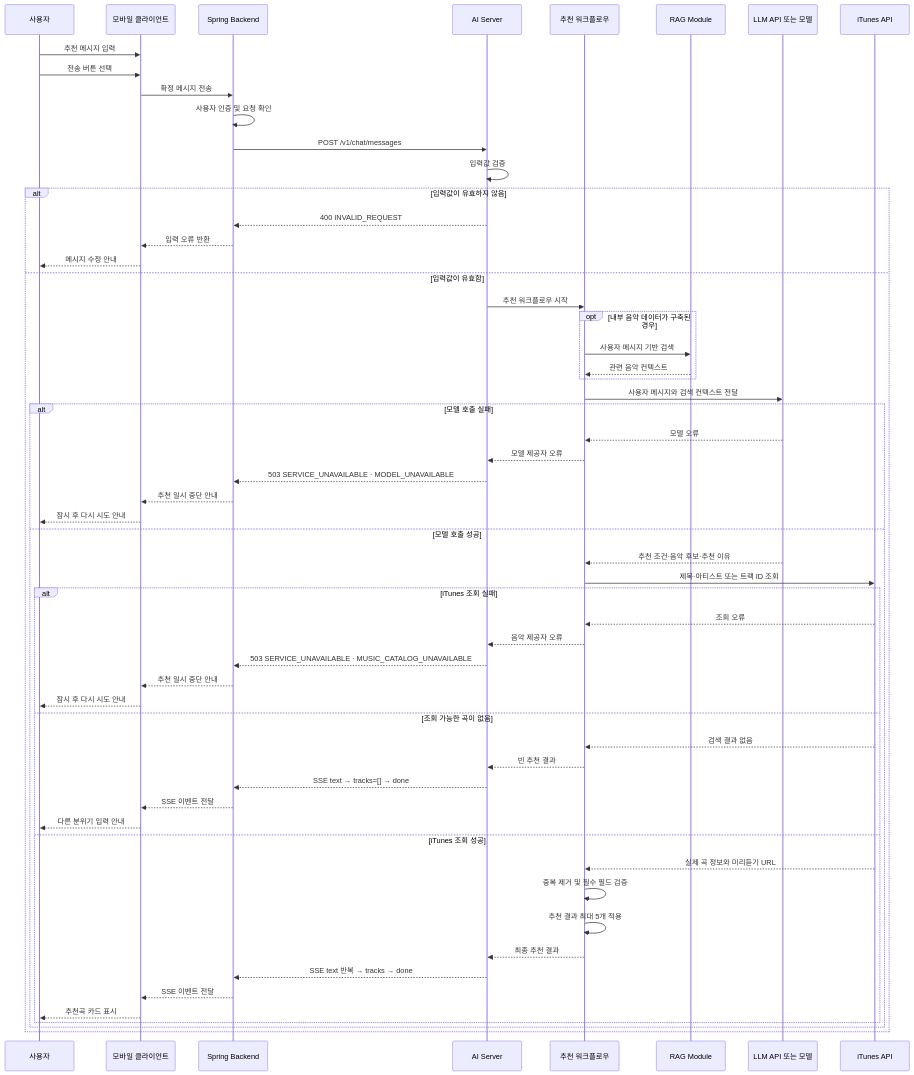
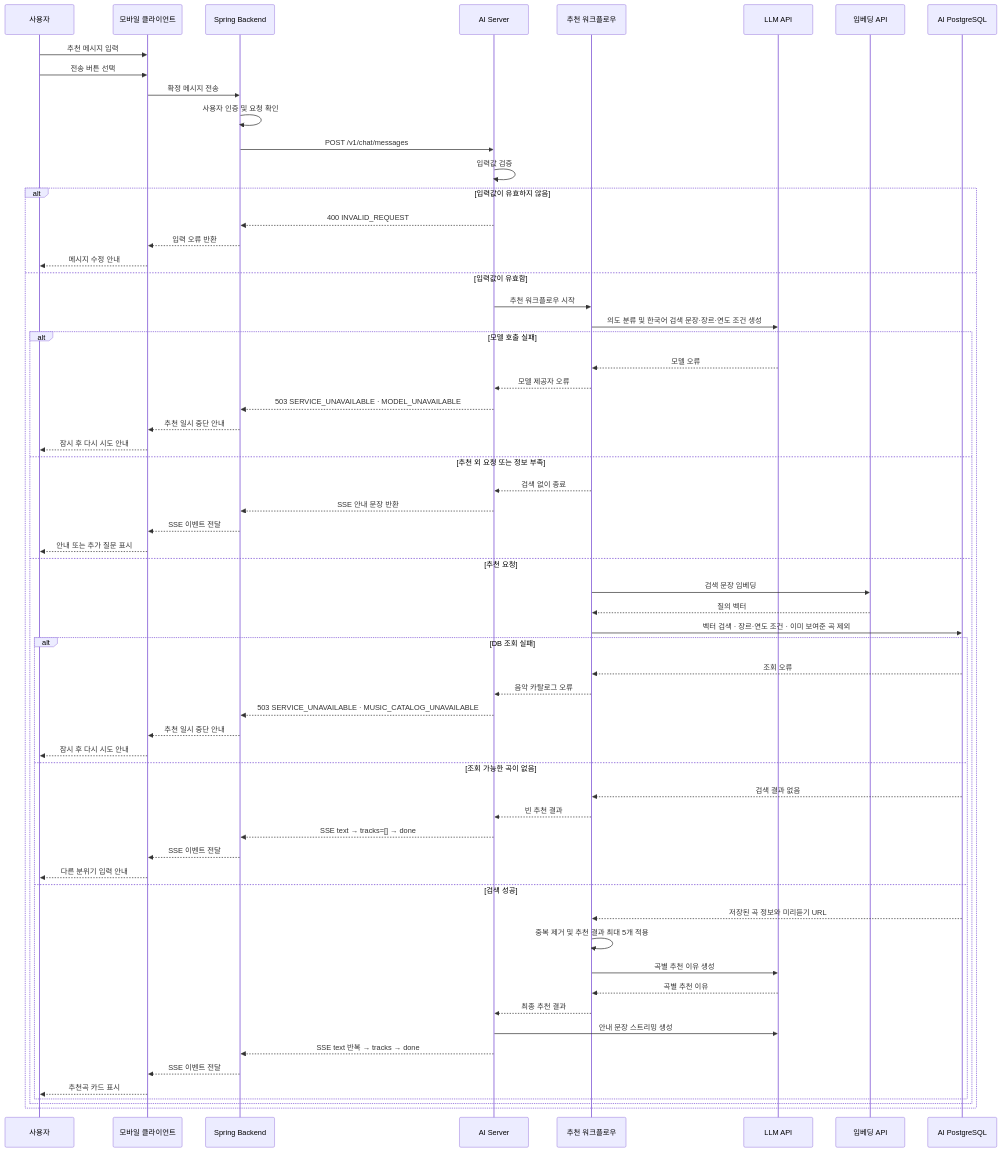
One commit to 100-hours-a-week/KTB4-18th-AI changed the second of 5 diagrams in docs/wiki/week1/01-모델-API-설계.md. Above: the diagram before and after it, drawn with Mermaid. The commit also changed other lines of this file and 2 other files, not shown here.

Commit message:
docs: V1·V2 API 계약과 추천 워크플로우 현행화

````diff
--- a/docs/wiki/week1/01-모델-API-설계.md
+++ b/docs/wiki/week1/01-모델-API-설계.md
@@ -54,66 +53,68 @@
 ```mermaid
 sequenceDiagram
     participant U as 사용자
     participant F as 모바일 클라이언트
     participant S as Spring Backend
     participant A as AI Server
     participant W as 추천 워크플로우
-    participant R as RAG Module
-    participant L as LLM API 또는 모델
-    participant M as iTunes API
+    participant L as LLM API
+    participant E as 임베딩 API
+    participant D as AI PostgreSQL
 
     U->>F: 추천 메시지 입력
     U->>F: 전송 버튼 선택
     F->>S: 확정 메시지 전송
     S->>S: 사용자 인증 및 요청 확인
     S->>A: POST /v1/chat/messages
     A->>A: 입력값 검증
 
     alt 입력값이 유효하지 않음
         A-->>S: 400 INVALID_REQUEST
         S-->>F: 입력 오류 반환
         F-->>U: 메시지 수정 안내
     else 입력값이 유효함
         A->>W: 추천 워크플로우 시작
-
-        opt 내부 음악 데이터가 구축된 경우
-            W->>R: 사용자 메시지 기반 검색
-            R-->>W: 관련 음악 컨텍스트
-        end
-
-        W->>L: 사용자 메시지와 검색 컨텍스트 전달
+        W->>L: 의도 분류 및 한국어 검색 문장·장르·연도 조건 생성
 
         alt 모델 호출 실패
             L-->>W: 모델 오류
             W-->>A: 모델 제공자 오류
             A-->>S: 503 SERVICE_UNAVAILABLE · MODEL_UNAVAILABLE
             S-->>F: 추천 일시 중단 안내
             F-->>U: 잠시 후 다시 시도 안내
-        else 모델 호출 성공
-            L-->>W: 추천 조건·음악 후보·추천 이유
-            W->>M: 제목·아티스트 또는 트랙 ID 조회
+        else 추천 외 요청 또는 정보 부족
+            W-->>A: 검색 없이 종료
+            A-->>S: SSE 안내 문장 반환
+            S-->>F: SSE 이벤트 전달
+            F-->>U: 안내 또는 추가 질문 표시
+        else 추천 요청
+            W->>E: 검색 문장 임베딩
+            E-->>W: 질의 벡터
+            W->>D: 벡터 검색 · 장르·연도 조건 · 이미 보여준 곡 제외
 
-            alt iTunes 조회 실패
-                M-->>W: 조회 오류
-                W-->>A: 음악 제공자 오류
+            alt DB 조회 실패
+                D-->>W: 조회 오류
+                W-->>A: 음악 카탈로그 오류
                 A-->>S: 503 SERVICE_UNAVAILABLE · MUSIC_CATALOG_UNAVAILABLE
                 S-->>F: 추천 일시 중단 안내
                 F-->>U: 잠시 후 다시 시도 안내
             else 조회 가능한 곡이 없음
-                M-->>W: 검색 결과 없음
+                D-->>W: 검색 결과 없음
                 W-->>A: 빈 추천 결과
                 A-->>S: SSE text → tracks=[] → done
                 S-->>F: SSE 이벤트 전달
                 F-->>U: 다른 분위기 입력 안내
-            else iTunes 조회 성공
-                M-->>W: 실제 곡 정보와 미리듣기 URL
-                W->>W: 중복 제거 및 필수 필드 검증
-                W->>W: 추천 결과 최대 5개 적용
+            else 검색 성공
+                D-->>W: 저장된 곡 정보와 미리듣기 URL
+                W->>W: 중복 제거 및 추천 결과 최대 5개 적용
+                W->>L: 곡별 추천 이유 생성
+                L-->>W: 곡별 추천 이유
                 W-->>A: 최종 추천 결과
+                A->>L: 안내 문장 스트리밍 생성
                 A-->>S: SSE text 반복 → tracks → done
                 S-->>F: SSE 이벤트 전달
                 F-->>U: 추천곡 카드 표시
             end
         end
     end
 ```
````
